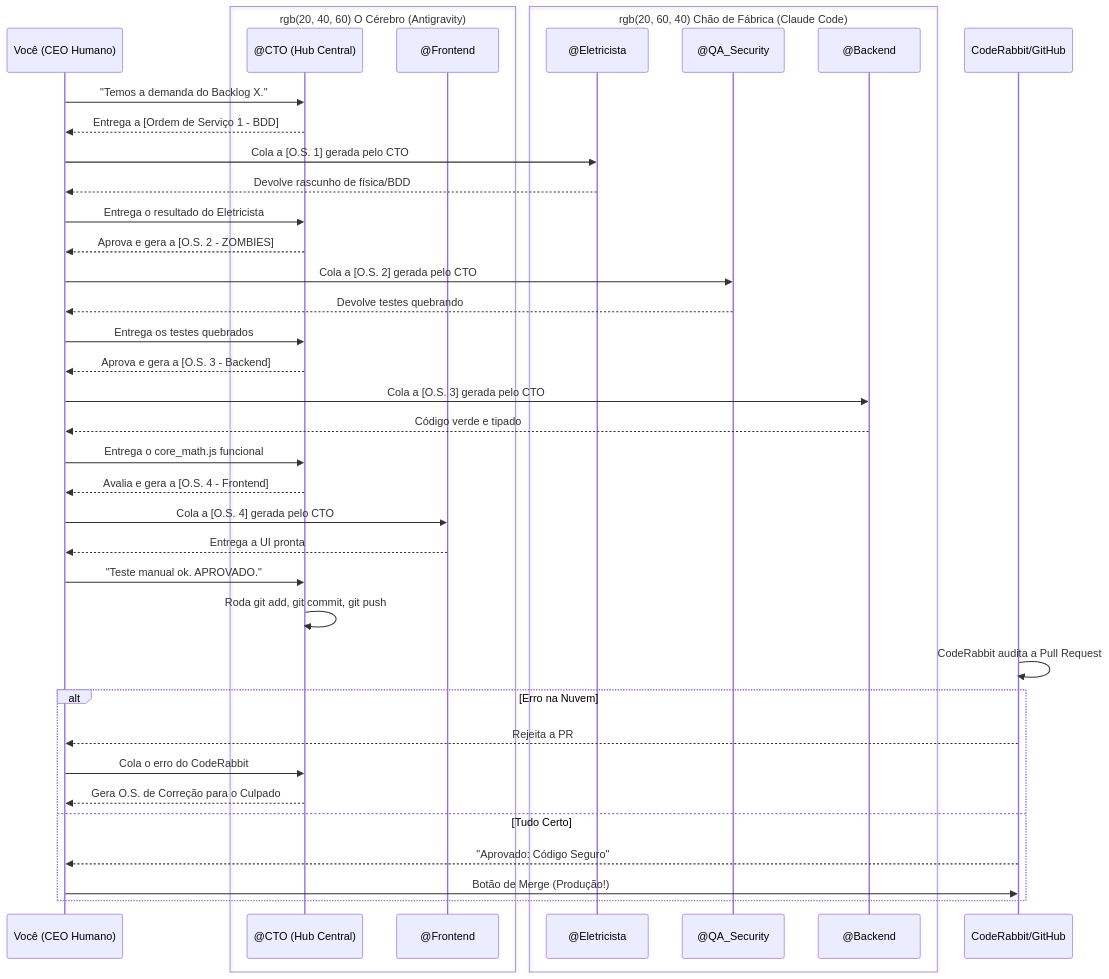
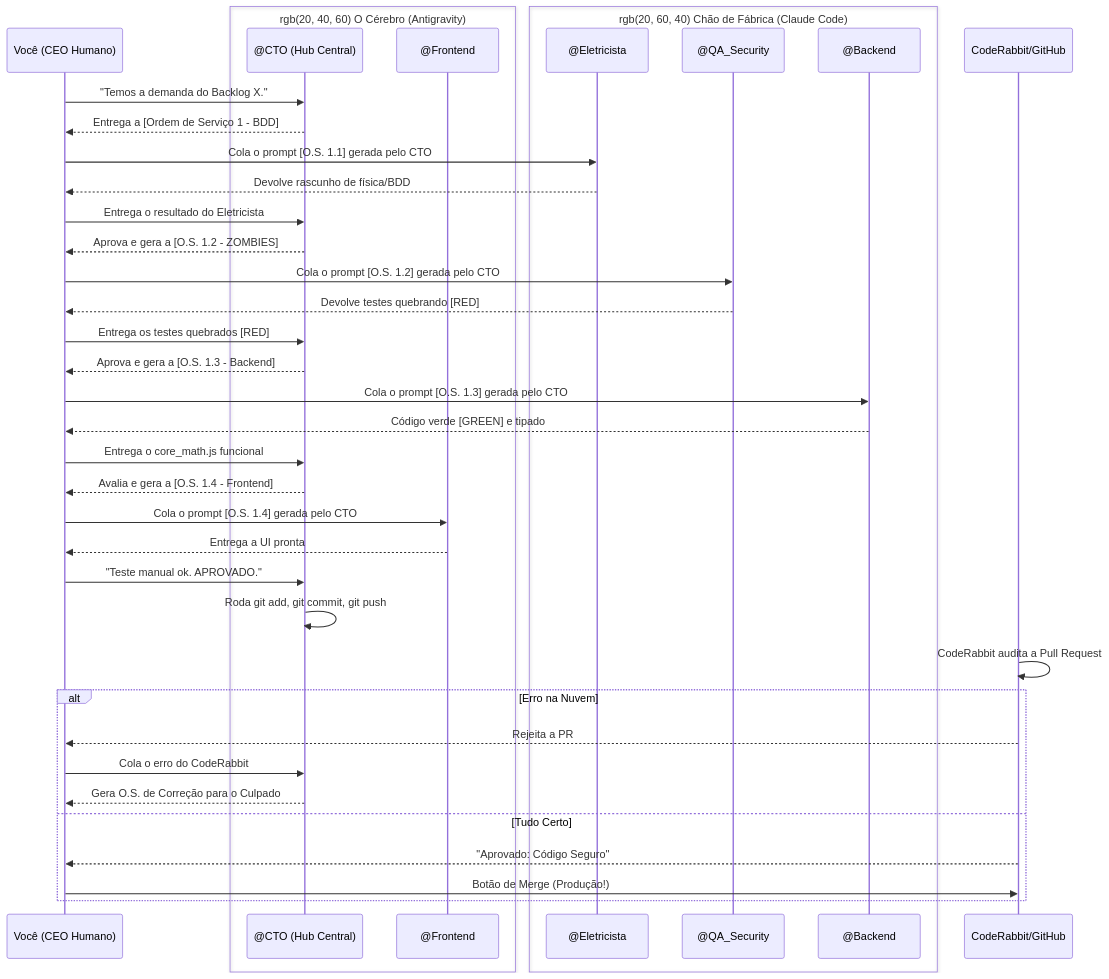
One commit to ThiagoKenoblauFritsche/AmpAI changed the diagram in docs/AmpAI_OS_Workflow.md. Above: the diagram before and after it, drawn with Mermaid.

Commit message:
docs: Update OS_Workflow mermaid diagram to match Excalidraw design

````diff
--- a/docs/AmpAI_OS_Workflow.md
+++ b/docs/AmpAI_OS_Workflow.md
@@ -5,55 +5,55 @@
 ```mermaid
 sequenceDiagram
     participant CEO as Você (CEO Humano)
     box rgb(20, 40, 60) O Cérebro (Antigravity)
         participant CTO as @CTO (Hub Central)
         participant Frontend as @Frontend
     end
     box rgb(20, 60, 40) Chão de Fábrica (Claude Code)
         participant Cientista as @Eletricista
         participant QA as @QA_Security
         participant Backend as @Backend
     end
     participant Nuvem as CodeRabbit/GitHub
     
     %% Inicialização
     CEO->>CTO: "Temos a demanda do Backlog X."
     CTO-->>CEO: Entrega a [Ordem de Serviço 1 - BDD]
     
     %% Fase 3: Ciência
-    CEO->>Cientista: Cola a [O.S. 1] gerada pelo CTO
+    CEO->>Cientista: Cola o prompt [O.S. 1.1] gerada pelo CTO
     Cientista-->>CEO: Devolve rascunho de física/BDD
     CEO->>CTO: Entrega o resultado do Eletricista
-    CTO-->>CEO: Aprova e gera a [O.S. 2 - ZOMBIES]
+    CTO-->>CEO: Aprova e gera a [O.S. 1.2 - ZOMBIES]
     
     %% Fase 4: QA (TDD Red)
-    CEO->>QA: Cola a [O.S. 2] gerada pelo CTO
-    QA-->>CEO: Devolve testes quebrando
-    CEO->>CTO: Entrega os testes quebrados
-    CTO-->>CEO: Aprova e gera a [O.S. 3 - Backend]
+    CEO->>QA: Cola o prompt [O.S. 1.2] gerada pelo CTO
+    QA-->>CEO: Devolve testes quebrando [RED]
+    CEO->>CTO: Entrega os testes quebrados [RED]
+    CTO-->>CEO: Aprova e gera a [O.S. 1.3 - Backend]
     
     %% Fase 5: Backend (TDD Green)
-    CEO->>Backend: Cola a [O.S. 3] gerada pelo CTO
-    Backend-->>CEO: Código verde e tipado
+    CEO->>Backend: Cola o prompt [O.S. 1.3] gerada pelo CTO
+    Backend-->>CEO: Código verde [GREEN] e tipado
     CEO->>CTO: Entrega o core_math.js funcional
-    CTO-->>CEO: Avalia e gera a [O.S. 4 - Frontend]
+    CTO-->>CEO: Avalia e gera a [O.S. 1.4 - Frontend]
     
     %% Fase 6: Frontend
-    CEO->>Frontend: Cola a [O.S. 4] gerada pelo CTO
+    CEO->>Frontend: Cola o prompt [O.S. 1.4] gerada pelo CTO
     Frontend-->>CEO: Entrega a UI pronta
     
     %% Fase 7: O Commit do CTO
     CEO->>CTO: "Teste manual ok. APROVADO."
     CTO->>CTO: Roda git add, git commit, git push
     
     %% Fase 8: A Muralha da Nuvem
     Nuvem->>Nuvem: CodeRabbit audita a Pull Request
     alt Erro na Nuvem
         Nuvem-->>CEO: Rejeita a PR
         CEO->>CTO: Cola o erro do CodeRabbit
         CTO-->>CEO: Gera O.S. de Correção para o Culpado
     else Tudo Certo
         Nuvem-->>CEO: "Aprovado: Código Seguro"
         CEO->>Nuvem: Botão de Merge (Produção!)
     end
 ```
````
